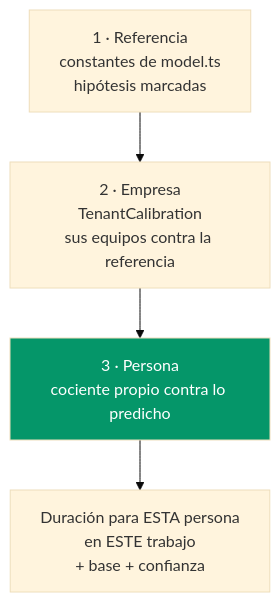
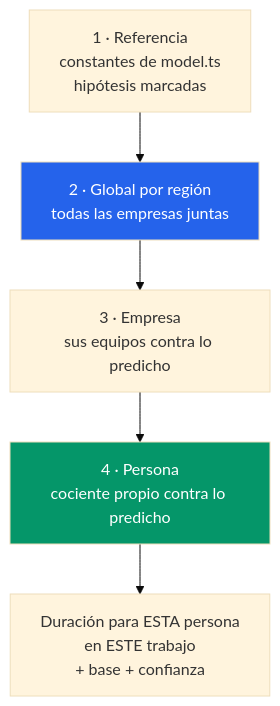
The first of 3 diagrams in docs/APRENDIZAJE.md (lapc276-sys/uberserviciosapp), drawn with Mermaid (base theme) before and after one commit. The commit also changed other lines of this file, not shown here.

````diff
--- a/docs/APRENDIZAJE.md
+++ b/docs/APRENDIZAJE.md
@@ -131,10 +131,12 @@
 ```mermaid
 flowchart TB
     REF["1 · Referencia<br/>constantes de model.ts<br/>hipótesis marcadas"]
-    EMP["2 · Empresa<br/>TenantCalibration<br/>sus equipos contra la referencia"]
-    PER["3 · Persona<br/>cociente propio contra lo predicho"]
-    REF --> EMP --> PER
+    GLO["2 · Global por región<br/>todas las empresas juntas"]
+    EMP["3 · Empresa<br/>sus equipos contra lo predicho"]
+    PER["4 · Persona<br/>cociente propio contra lo predicho"]
+    REF --> GLO --> EMP --> PER
     PER --> EST["Duración para ESTA persona<br/>en ESTE trabajo<br/>+ base + confianza"]
 
+    style GLO fill:#2563eb,color:#fff
     style PER fill:#059669,color:#fff
 ```
````
